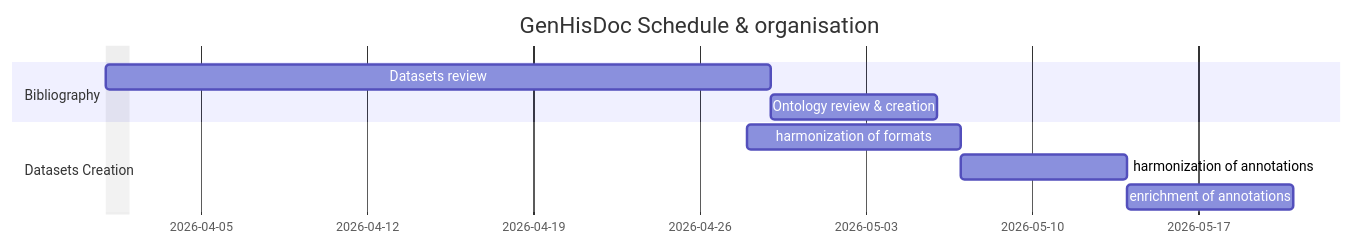
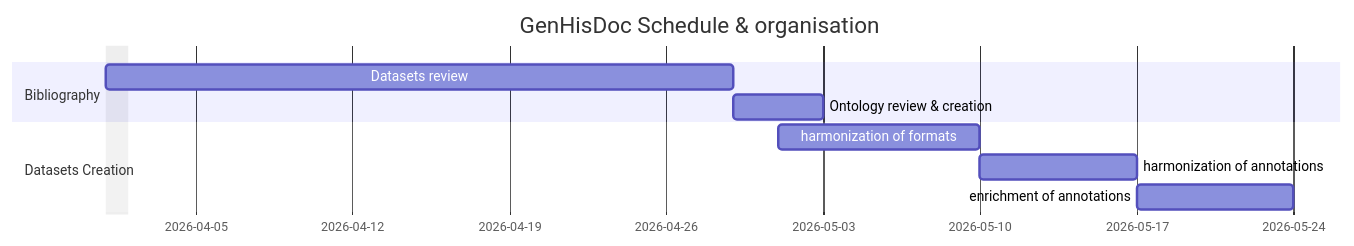
Before and after one commit to Anarchiviste/GenHisDoc_Lab: the diagram in README.md, drawn with Mermaid.

````diff
--- a/README.md
+++ b/README.md
@@ -59,15 +59,15 @@
 ```mermaid
 gantt
     title GenHisDoc Schedule & organisation
     dateformat yyyy-mm-dd
     excludes 2026-04-01,2026-07-01
 
     section Bibliography
         Datasets review   :a1, 2026-04-01, 28d
-        Ontology review & creation    :after a1, 7d
+        Ontology review & creation    :after a1, 4d
 
     section Datasets Creation
-        harmonization of formats :b1, 2026-04-28, 9d
+        harmonization of formats :b1, 2026-05-01, 9d
         harmonization of annotations :b2, after b1, 7d
         enrichment of annotations :after b2, 7d
 ```
````
